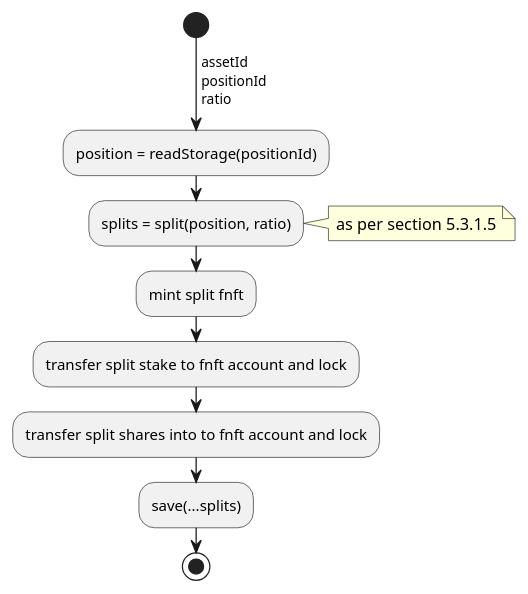
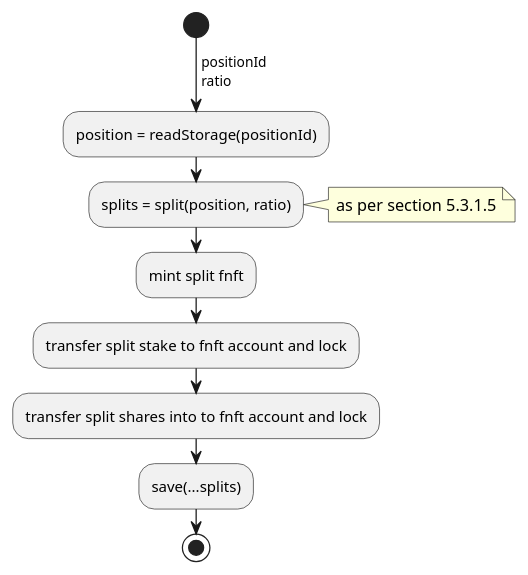
One commit to ComposableFi/composable changed the sixth of 11 diagrams in rfcs/0005-pablo-distribution-assets/0005-pablo-distribution.adoc. Above: the diagram before and after it, drawn with PlantUML. The commit also changed other lines of this file and 8 other files, not shown here.

Commit message:
pablo & staking rewards rfc review. Updated diagrams for staking, extend position, unstake, update reward pool, reward accumulation hook, split position, claim. Fixed the links

```diff
--- a/rfcs/0005-pablo-distribution-assets/0005-pablo-distribution.adoc
+++ b/rfcs/0005-pablo-distribution-assets/0005-pablo-distribution.adoc
@@ -464,13 +460,13 @@
 [plantuml,images/split-position,png]
 ----
 start
-->assetId\npositionId\nratio;
+->positionId\nratio;
 :position = readStorage(positionId);
 :splits = split(position, ratio);
 note right: as per section 5.3.1.5
 :mint split fnft;
 :transfer split stake to fnft account and lock;
 :transfer split shares into to fnft account and lock;
 :save(...splits);
 stop
 ----
```
